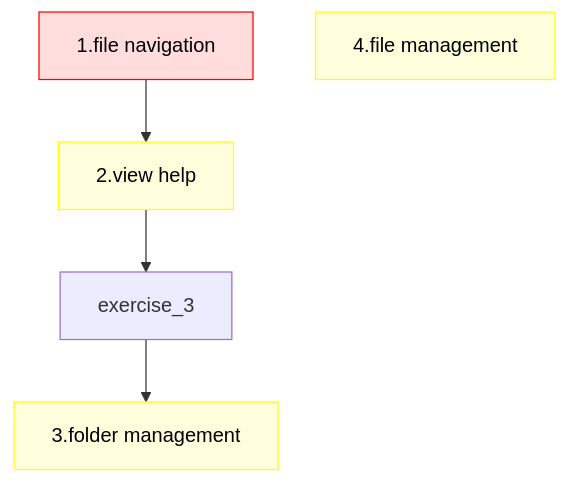
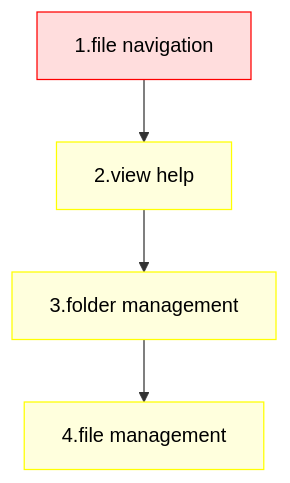
The diagram in docs/commandline.md (UPPMAX/bianca_workshop), drawn with Mermaid before and after one commit. The commit also changed other lines of this file and 1 other file, not shown here.

````diff
--- a/docs/commandline.md
+++ b/docs/commandline.md
@@ -147,13 +147,13 @@
 ```mermaid
 flowchart TD
 
   classDef minimal_node fill:#fdd,color:#000,stroke:#f00
   classDef extra_node fill:#ffd,color:#000,stroke:#ff0
 
   exercise_1[1.file navigation]:::minimal_node
   exercise_2[2.view help]:::extra_node
-  exercise_4[3.folder management]:::extra_node
-  exercise_5[4.file management]:::extra_node
+  exercise_3[3.folder management]:::extra_node
+  exercise_4[4.file management]:::extra_node
 
   exercise_1 --> exercise_2 --> exercise_3 --> exercise_4
 ```
````
